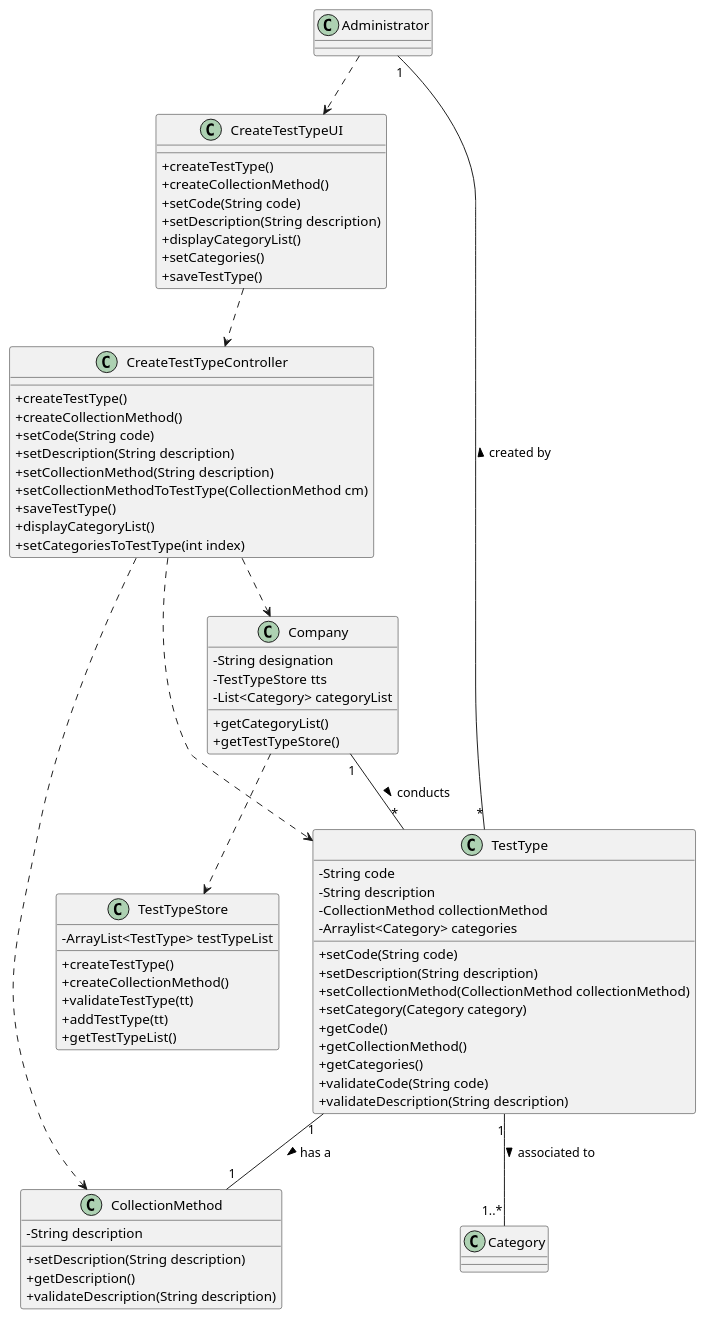
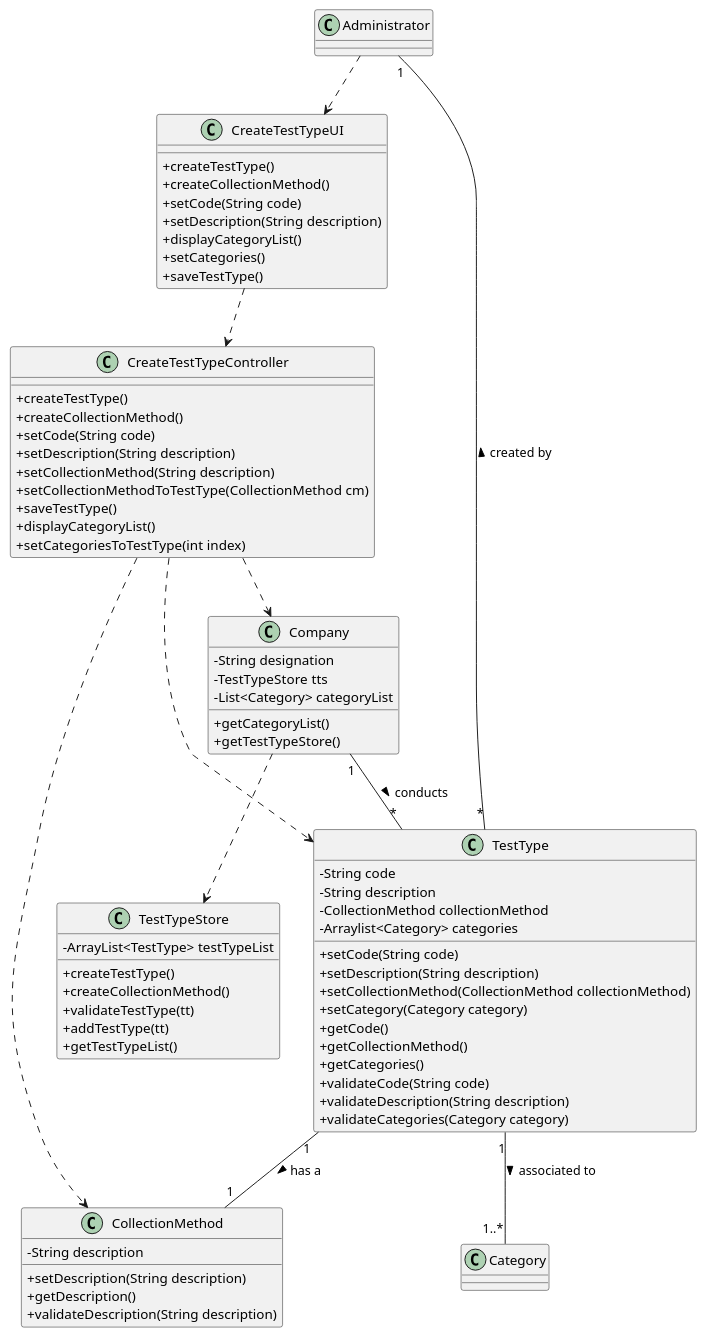
One commit to MadDinosaur/ISEP-LAPR2 changed the diagram in docs/SprintB/US9/US9_CD.puml. Above: the diagram before and after it, drawn with PlantUML. The commit also changed 5 other files, not shown here.

```diff
--- a/docs/SprintB/US9/US9_CD.puml
+++ b/docs/SprintB/US9/US9_CD.puml
@@ -1,79 +1,80 @@
 @startuml
 
 skinparam classAttributeIconSize 0
 
 class Administrator
 class CreateTestTypeUI {
 +createTestType()
 +createCollectionMethod()
 +setCode(String code)
 +setDescription(String description)
 +displayCategoryList()
 +setCategories()
 +saveTestType()
 }
 
 class CreateTestTypeController {
 +createTestType()
 +createCollectionMethod()
 +setCode(String code)
 +setDescription(String description)
 +setCollectionMethod(String description)
 +setCollectionMethodToTestType(CollectionMethod cm)
 +saveTestType()
 +displayCategoryList()
 +setCategoriesToTestType(int index)
 }
 
 class CollectionMethod {
 -String description
 +setDescription(String description)
 +getDescription()
 +validateDescription(String description)
 }
 
 class TestType {
 -String code
 -String description
 -CollectionMethod collectionMethod
 -Arraylist<Category> categories
 +setCode(String code)
 +setDescription(String description)
 +setCollectionMethod(CollectionMethod collectionMethod)
 +setCategory(Category category)
 +getCode()
 +getCollectionMethod()
 +getCategories()
 +validateCode(String code)
 +validateDescription(String description)
++validateCategories(Category category)
 }
 
 class Company {
 -String designation
 -TestTypeStore tts
 -List<Category> categoryList
 +getCategoryList()
 +getTestTypeStore()
 }
 
 class TestTypeStore {
 -ArrayList<TestType> testTypeList
 +createTestType()
 +createCollectionMethod()
 +validateTestType(tt)
 +addTestType(tt)
 +getTestTypeList()
 }
 
 Administrator ..> CreateTestTypeUI
 CreateTestTypeUI ..> CreateTestTypeController
 TestType "*"-up-"1" Administrator : created by >
 Category "1..*"-up-"1" TestType  : associated to <
 TestType "1"--"1" CollectionMethod : has a  >
 Company "1"-down-"*" TestType : conducts >
 CreateTestTypeController ..> Company
 CreateTestTypeController ..> TestType
 CreateTestTypeController ..> CollectionMethod
 Company ..> TestTypeStore
 
 @enduml
```
